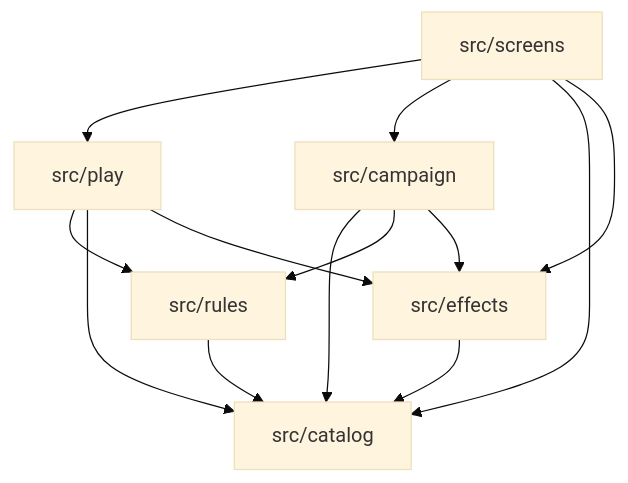
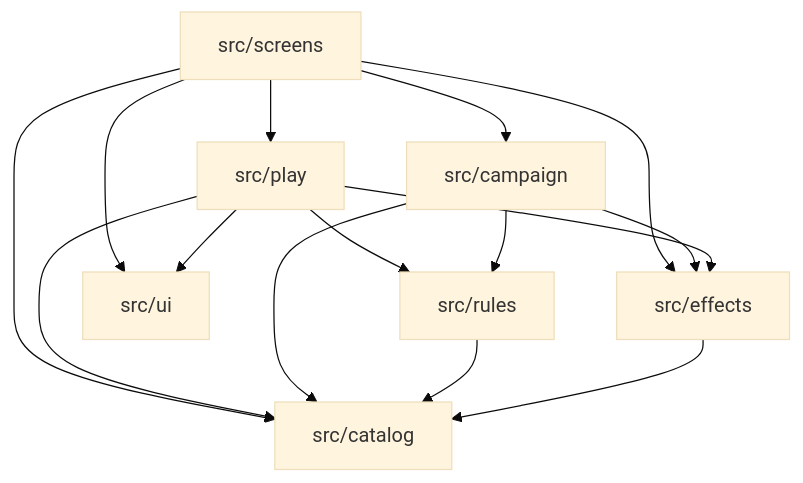
Before and after one commit to j-jmnz/middle-earth-player: the second of 3 diagrams in docs/architecture.md, drawn with Mermaid (base theme). The commit also changed other lines of this file and 4 other files, not shown here.

````diff
--- a/docs/architecture.md
+++ b/docs/architecture.md
@@ -80,21 +80,24 @@
 ```mermaid
 flowchart TD
   catalog[src/catalog]
   effects[src/effects]
   rules[src/rules]
   campaign[src/campaign]
   play[src/play]
+  ui[src/ui]
   screens[src/screens]
   effects --> catalog
   rules --> catalog
   campaign --> catalog
   campaign --> rules
   play --> rules
   play --> catalog
   play --> effects
   campaign --> effects
   screens --> play
   screens --> campaign
   screens --> catalog
   screens --> effects
+  play --> ui
+  screens --> ui
 ```
````
